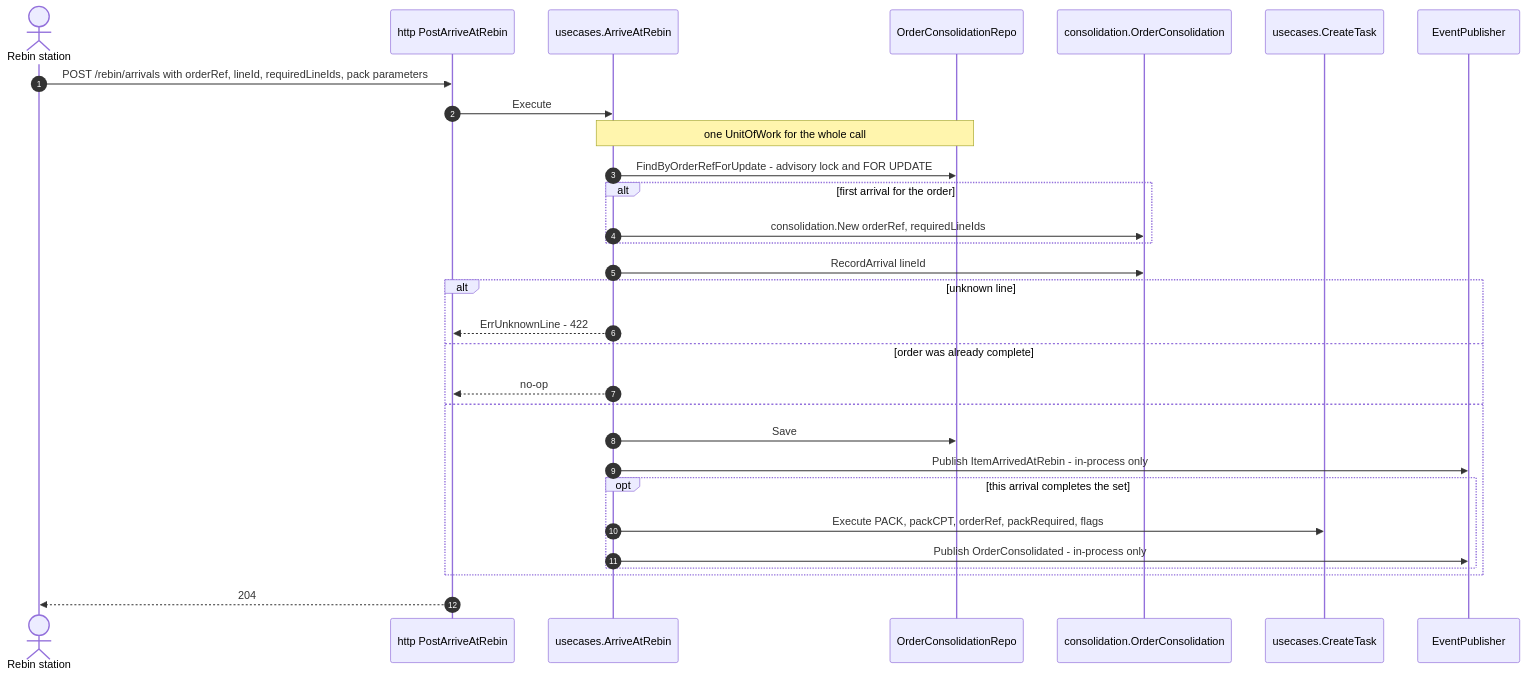
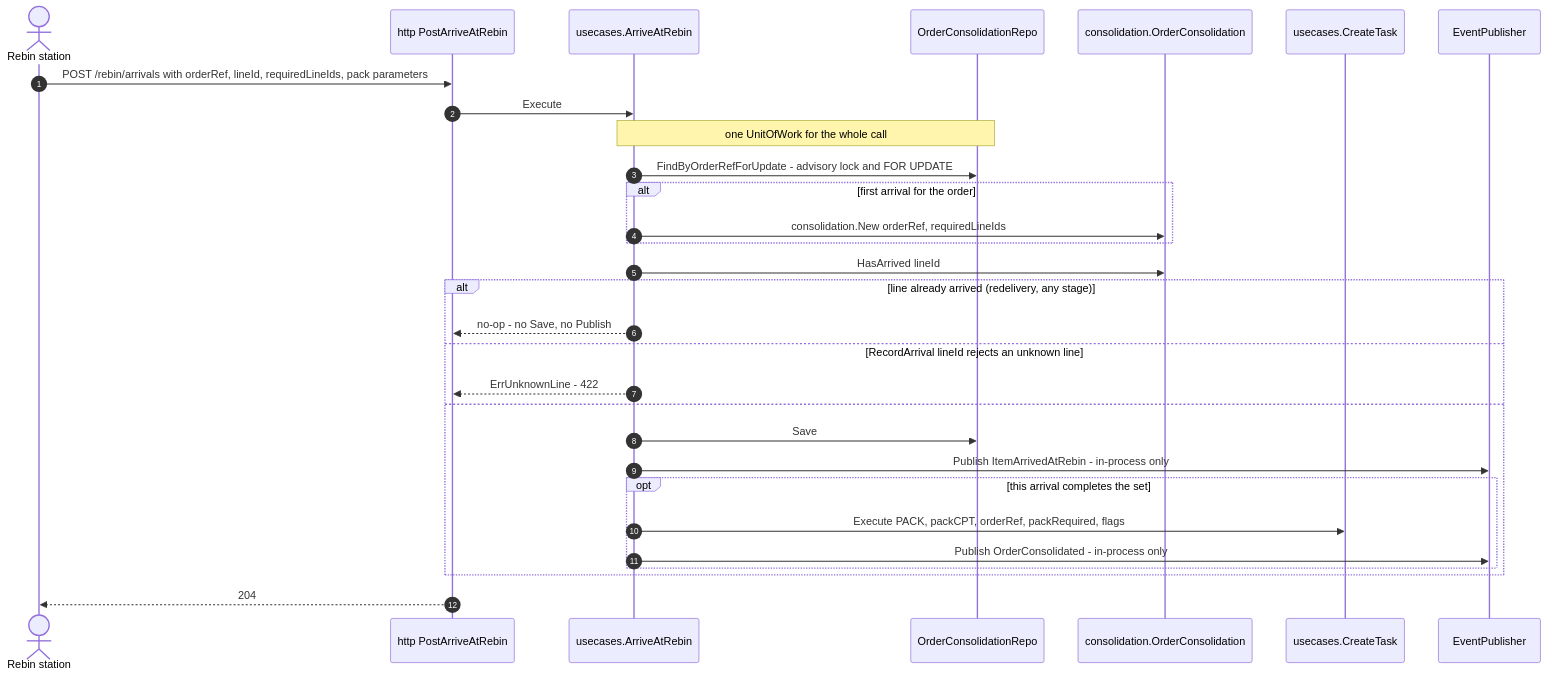
One commit to IQVO/fulfillment-execution changed the ninth of 10 diagrams in docs/docs/ddd/sequence-diagrams.md. Above: the diagram before and after it, drawn with Mermaid. The commit also changed 10 other files, not shown here.

First line of the commit message:
fix(rebin): a redelivered ItemArrivedAtRebin arrival is a no-op at every stage

````diff
--- a/docs/docs/ddd/sequence-diagrams.md
+++ b/docs/docs/ddd/sequence-diagrams.md
@@ -379,32 +379,32 @@
 ```mermaid
 sequenceDiagram
     autonumber
     actor S as Rebin station
     participant H as http PostArriveAtRebin
     participant UC as usecases.ArriveAtRebin
     participant OR as OrderConsolidationRepo
     participant OC as consolidation.OrderConsolidation
     participant CT as usecases.CreateTask
     participant P as EventPublisher
     S->>H: POST /rebin/arrivals with orderRef, lineId, requiredLineIds, pack parameters
     H->>UC: Execute
     Note over UC,OR: one UnitOfWork for the whole call
     UC->>OR: FindByOrderRefForUpdate - advisory lock and FOR UPDATE
     alt first arrival for the order
         UC->>OC: consolidation.New orderRef, requiredLineIds
     end
-    UC->>OC: RecordArrival lineId
-    alt unknown line
+    UC->>OC: HasArrived lineId
+    alt line already arrived (redelivery, any stage)
+        UC-->>H: no-op - no Save, no Publish
+    else RecordArrival lineId rejects an unknown line
         UC-->>H: ErrUnknownLine - 422
-    else order was already complete
-        UC-->>H: no-op
     else
         UC->>OR: Save
         UC->>P: Publish ItemArrivedAtRebin - in-process only
         opt this arrival completes the set
             UC->>CT: Execute PACK, packCPT, orderRef, packRequired, flags
             UC->>P: Publish OrderConsolidated - in-process only
         end
     end
     H-->>S: 204
 ```
````
